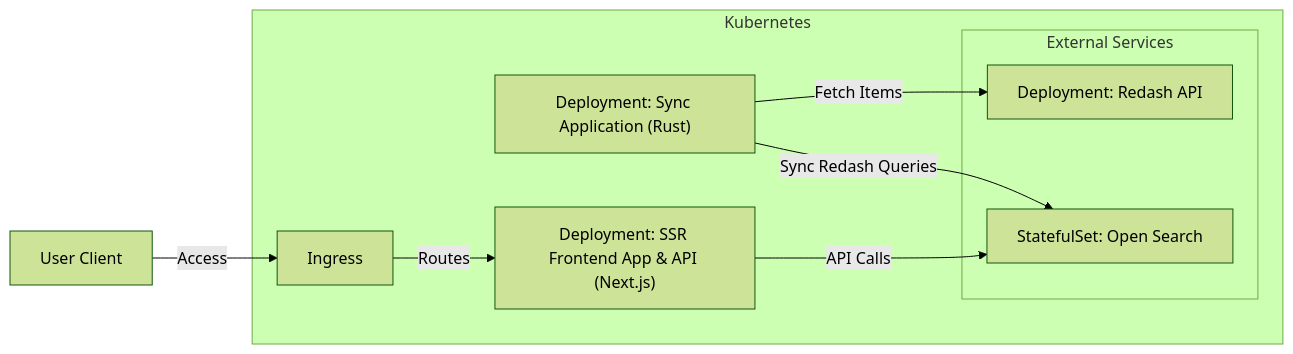
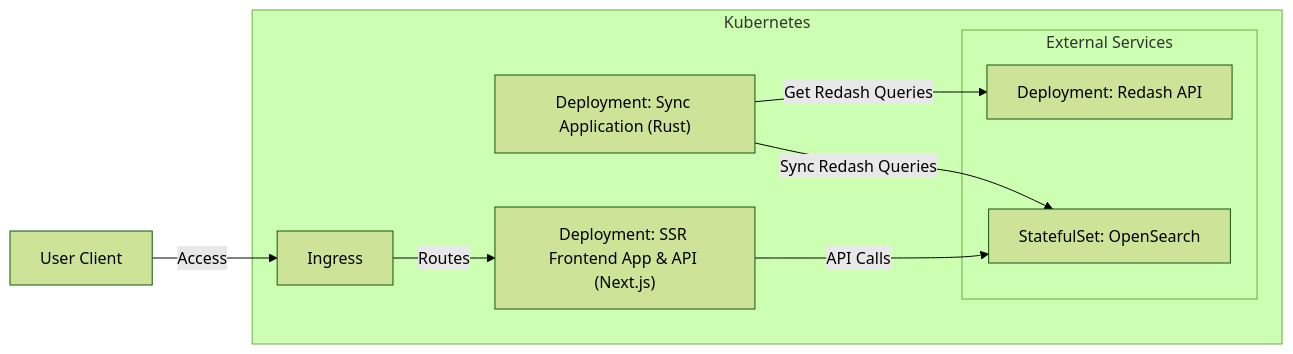
Before and after one commit to gunosy/redash-searcher: the diagram in README.md, drawn with Mermaid (forest theme). The commit also changed other lines of this file and 5 other files, not shown here.

Commit message:
Update OpenSearch mapping when starting up (#67)

````diff
--- a/README.md
+++ b/README.md
@@ -30,18 +30,18 @@
 ```mermaid
 graph LR
     subgraph "Kubernetes"
         sync["Deployment: Sync Application (Rust)"]
         ingress["Ingress"]
         subgraph External Services
             redash["Deployment: Redash API"]
-            opensearch["StatefulSet: Open Search"]
+            opensearch["StatefulSet: OpenSearch"]
         end
         nextjs["Deployment: SSR Frontend App & API (Next.js)"]
         ingress -->|Routes| nextjs
         nextjs -->|API Calls| opensearch
         sync -->|Sync Redash Queries| opensearch
-        sync -->|Fetch Items| redash
+        sync -->|Get Redash Queries| redash
     end
     user["User Client"]
     user -->|Access| ingress
 ```
````
